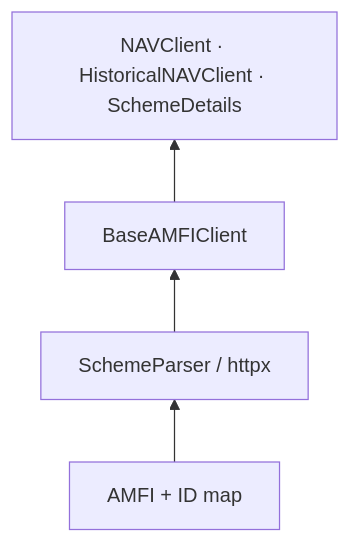
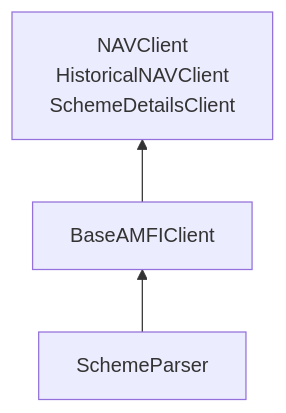
The first of 5 diagrams in src/fundkit/data/README.md (Anant-mishra1729/FundKit), drawn with Mermaid before and after one commit. The commit also changed other lines of this file and 1 other file, not shown here.

````diff
--- a/src/fundkit/data/README.md
+++ b/src/fundkit/data/README.md
@@ -25,9 +27,10 @@
 ```mermaid
 flowchart BT
-    AMFI[AMFI + ID map]
-    Parser[SchemeParser / httpx]
+    Parser[SchemeParser]
     Base[BaseAMFIClient]
-    Clients[NAVClient · HistoricalNAVClient · SchemeDetails]
+    Clients[NAVClient
+    HistoricalNAVClient 
+    SchemeDetailsClient]
 
-    AMFI --> Parser --> Base --> Clients
+    Parser --> Base --> Clients
 ```
````
